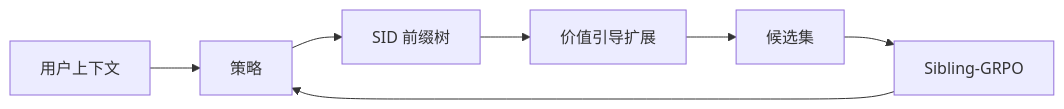
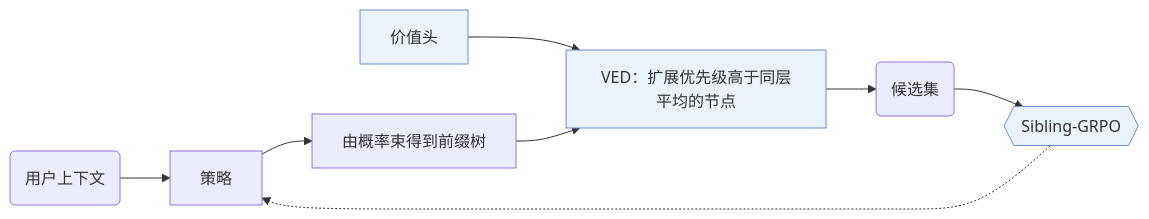
One commit to Galaxy-ghost/Awesome-SID-Generative-Rec changed the first of 2 diagrams in notes/zh/v-star.md. Above: the diagram before and after it, drawn with Mermaid. The commit also changed other lines of this file and 521 other files, not shown here.

Commit message:
writer-04 part 3: algorithm diagrams with shared shape conventions, README hero and paper cards, archive removed

````diff
--- a/notes/zh/v-star.md
+++ b/notes/zh/v-star.md
@@ -9,9 +9,11 @@
 ```mermaid
 flowchart LR
-    A[用户上下文] --> B[策略]
-    B --> C[SID 前缀树]
-    C --> D[价值引导扩展]
-    D --> E[候选集]
-    E --> F[Sibling-GRPO]
-    F --> B
+    A("用户上下文") --> B["策略"]
+    B --> C["由概率束得到前缀树"]
+    V["价值头"]:::key --> D
+    C --> D["VED：扩展优先级高于同层平均的节点"]:::key
+    D --> E("候选集")
+    E --> F{{"Sibling-GRPO"}}:::key
+    F -.-> B
+    classDef key fill:#eaf2fb,stroke:#6b8fc7
 ```
````
